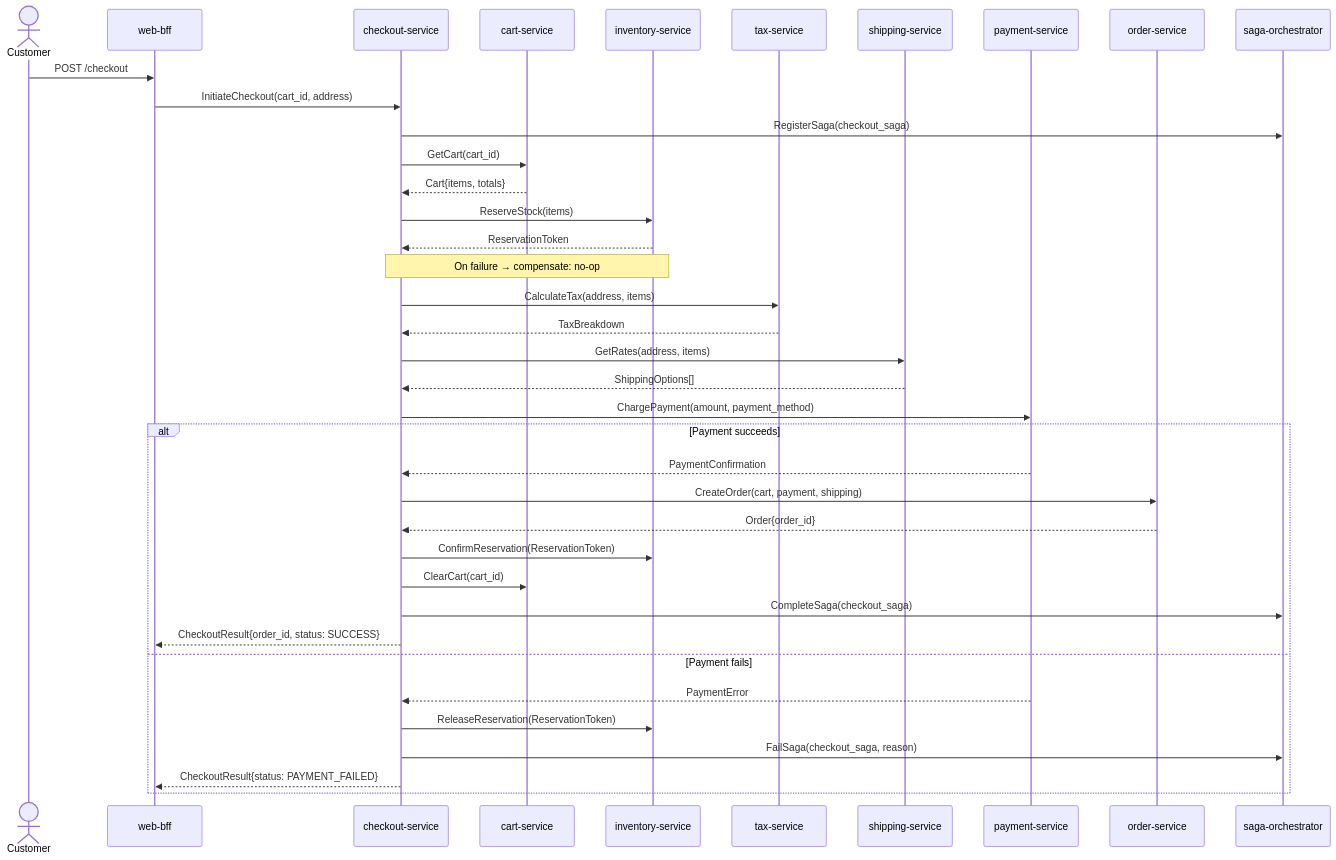
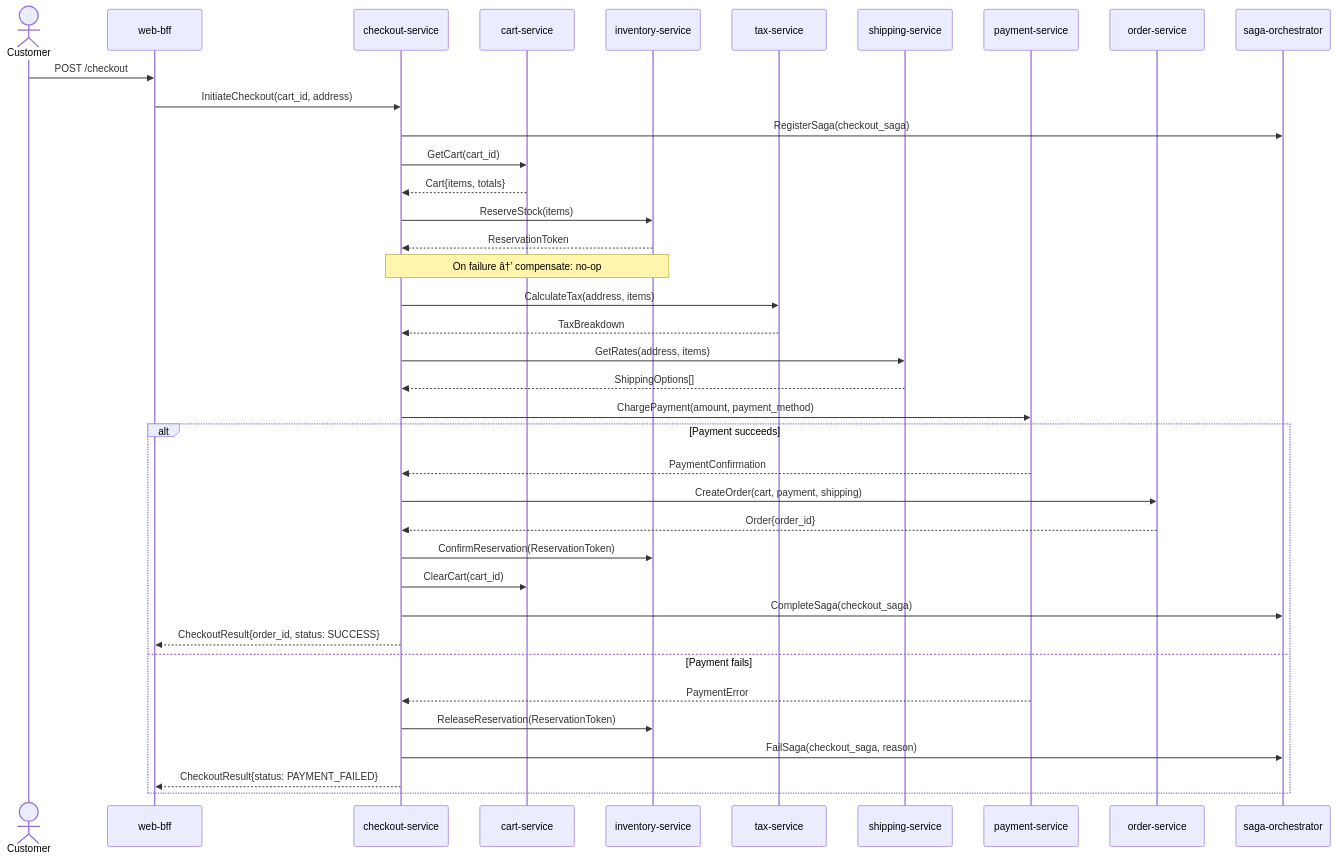
Before and after one commit to prabhat-roy/ShopOS: the diagram in src/commerce/checkout-service/README.md, drawn with Mermaid. The commit also changed other lines of this file and 403 other files, not shown here.

````diff
--- a/src/commerce/checkout-service/README.md
+++ b/src/commerce/checkout-service/README.md
@@ -11,46 +11,46 @@
 ```mermaid
 sequenceDiagram
     actor Customer
     participant BFF as web-bff
     participant CHK as checkout-service
     participant CART as cart-service
     participant INV as inventory-service
     participant TAX as tax-service
     participant SHIP as shipping-service
     participant PAY as payment-service
     participant ORD as order-service
     participant SAGA as saga-orchestrator
 
     Customer->>BFF: POST /checkout
     BFF->>CHK: InitiateCheckout(cart_id, address)
     CHK->>SAGA: RegisterSaga(checkout_saga)
 
     CHK->>CART: GetCart(cart_id)
     CART-->>CHK: Cart{items, totals}
 
     CHK->>INV: ReserveStock(items)
     INV-->>CHK: ReservationToken
-    Note over CHK,INV: On failure → compensate: no-op
+    Note over CHK,INV: On failure â†’ compensate: no-op
 
     CHK->>TAX: CalculateTax(address, items)
     TAX-->>CHK: TaxBreakdown
 
     CHK->>SHIP: GetRates(address, items)
     SHIP-->>CHK: ShippingOptions[]
 
     CHK->>PAY: ChargePayment(amount, payment_method)
     alt Payment succeeds
         PAY-->>CHK: PaymentConfirmation
         CHK->>ORD: CreateOrder(cart, payment, shipping)
         ORD-->>CHK: Order{order_id}
         CHK->>INV: ConfirmReservation(ReservationToken)
         CHK->>CART: ClearCart(cart_id)
         CHK->>SAGA: CompleteSaga(checkout_saga)
         CHK-->>BFF: CheckoutResult{order_id, status: SUCCESS}
     else Payment fails
         PAY-->>CHK: PaymentError
         CHK->>INV: ReleaseReservation(ReservationToken)
         CHK->>SAGA: FailSaga(checkout_saga, reason)
         CHK-->>BFF: CheckoutResult{status: PAYMENT_FAILED}
     end
 ```
````
